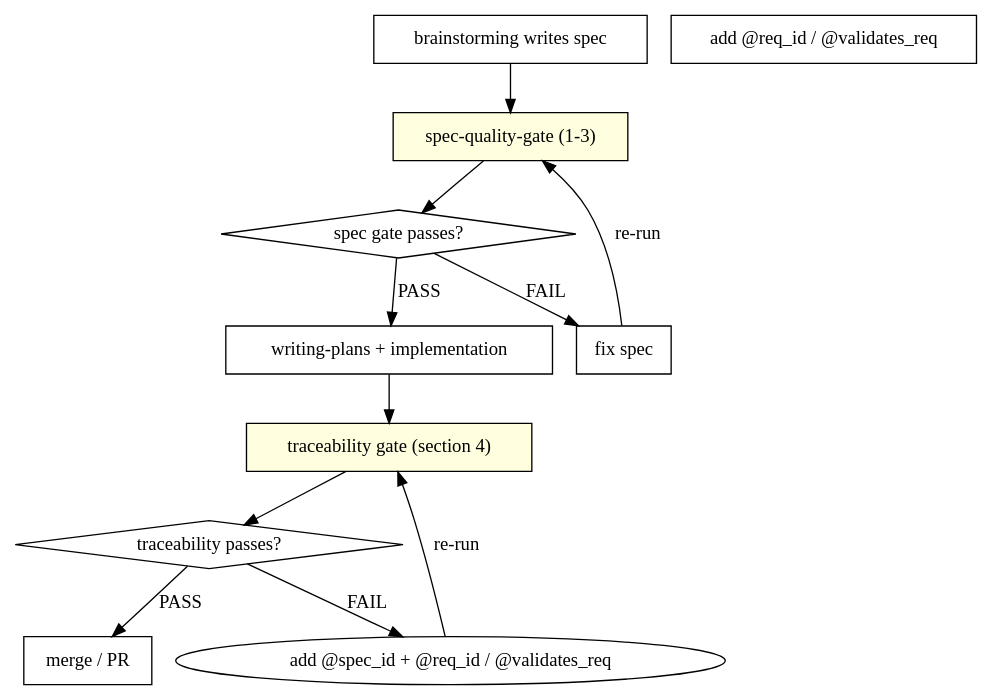
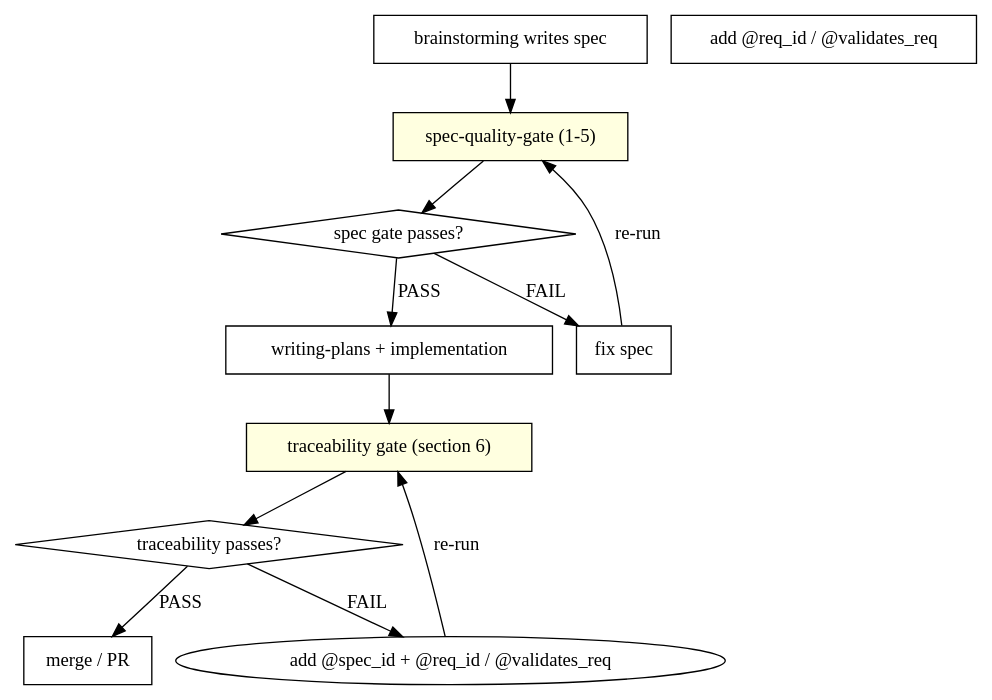
One commit to CagesThrottleUs/private-ai-harness changed the diagram in skills/spec-quality-gate/SKILL.md. Above: the diagram before and after it, drawn with Graphviz. The commit also changed other lines of this file and 2 other files, not shown here.

Commit message:
feat: make spec quality gate for design review as well

````diff
--- a/skills/spec-quality-gate/SKILL.md
+++ b/skills/spec-quality-gate/SKILL.md
@@ -347,24 +494,24 @@
 ```dot
 digraph gate_position {
     "brainstorming writes spec" [shape=box];
-    "spec-quality-gate (1-3)" [shape=box style=filled fillcolor=lightyellow];
+    "spec-quality-gate (1-5)" [shape=box style=filled fillcolor=lightyellow];
     "spec gate passes?" [shape=diamond];
     "fix spec" [shape=box];
     "writing-plans + implementation" [shape=box];
-    "traceability gate (section 4)" [shape=box style=filled fillcolor=lightyellow];
+    "traceability gate (section 6)" [shape=box style=filled fillcolor=lightyellow];
     "traceability passes?" [shape=diamond];
     "add @req_id / @validates_req" [shape=box];
     "merge / PR" [shape=box];
 
-    "brainstorming writes spec" -> "spec-quality-gate (1-3)";
-    "spec-quality-gate (1-3)" -> "spec gate passes?";
+    "brainstorming writes spec" -> "spec-quality-gate (1-5)";
+    "spec-quality-gate (1-5)" -> "spec gate passes?";
     "spec gate passes?" -> "fix spec" [label="FAIL"];
-    "fix spec" -> "spec-quality-gate (1-3)" [label="re-run"];
+    "fix spec" -> "spec-quality-gate (1-5)" [label="re-run"];
     "spec gate passes?" -> "writing-plans + implementation" [label="PASS"];
-    "writing-plans + implementation" -> "traceability gate (section 4)";
-    "traceability gate (section 4)" -> "traceability passes?";
+    "writing-plans + implementation" -> "traceability gate (section 6)";
+    "traceability gate (section 6)" -> "traceability passes?";
     "traceability passes?" -> "add @spec_id + @req_id / @validates_req" [label="FAIL"];
-    "add @spec_id + @req_id / @validates_req" -> "traceability gate (section 4)" [label="re-run"];
+    "add @spec_id + @req_id / @validates_req" -> "traceability gate (section 6)" [label="re-run"];
     "traceability passes?" -> "merge / PR" [label="PASS"];
 }
 ```
````
